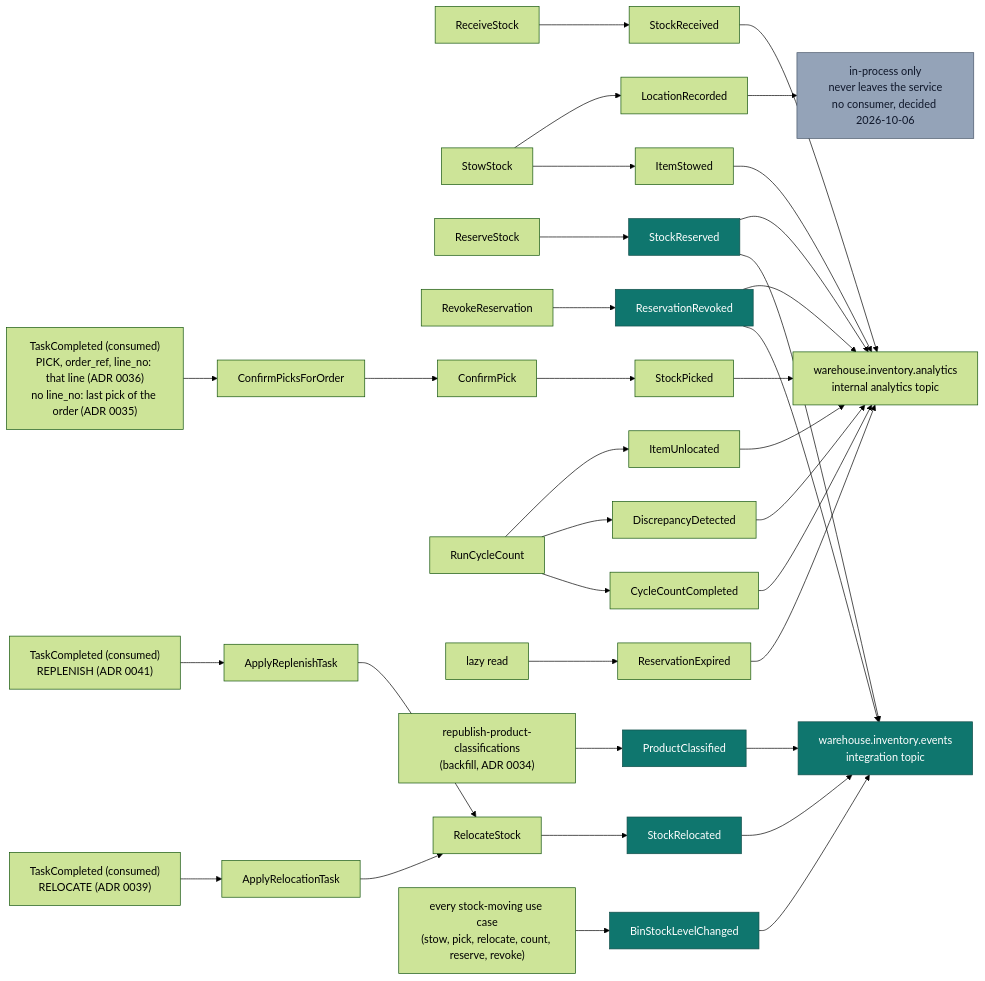
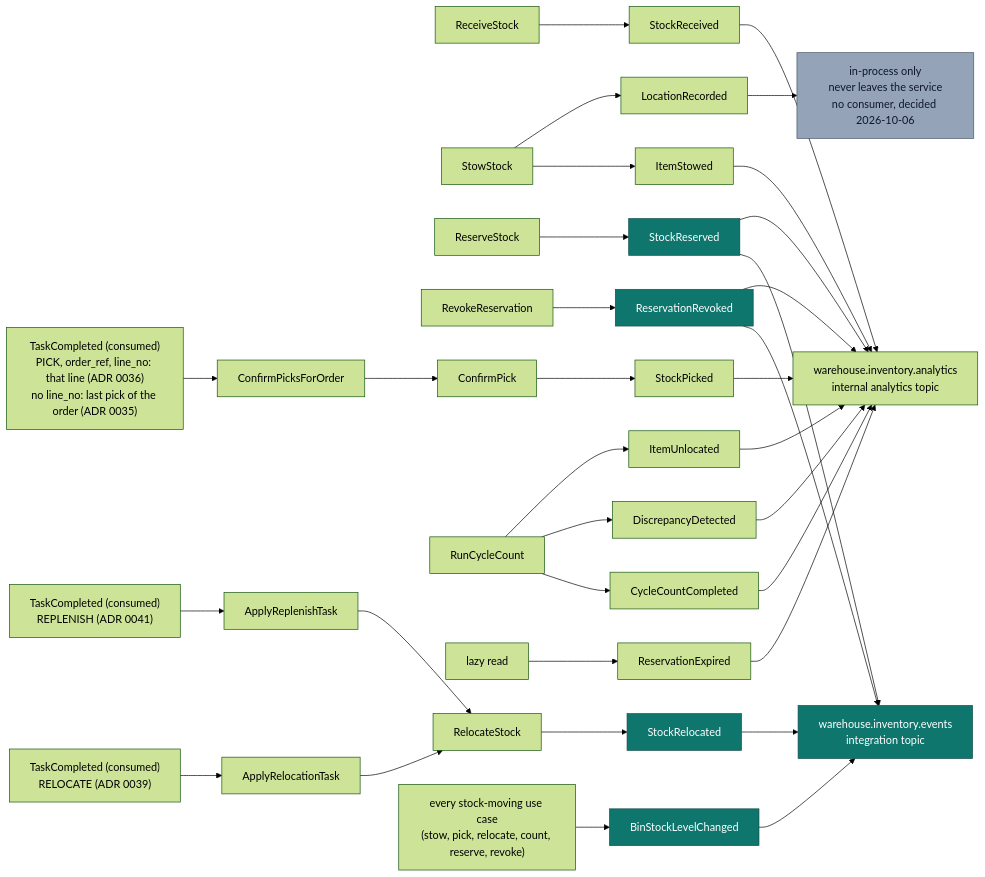
Before and after one commit to IQVO/inventory-storage: the diagram in docs/docs/ddd/domain-events.md, drawn with Mermaid (forest theme). The commit also changed other lines of this file and 44 other files, not shown here.

First line of the commit message:
feat(adr-0034): retire the legacy ProductClassified type and the backfill (stage E)

````diff
--- a/docs/docs/ddd/domain-events.md
+++ b/docs/docs/ddd/domain-events.md
@@ -46,28 +45,27 @@
 ```mermaid
 flowchart LR
   RS["ReceiveStock"] --> E1["StockReceived"]
   SS["StowStock"] --> E2["ItemStowed"]
   SS --> E3["LocationRecorded"]
   RES["ReserveStock"] --> E4["StockReserved"]
   REV["RevokeReservation"] --> E5["ReservationRevoked"]
   CP["ConfirmPick"] --> E6["StockPicked"]
   TC["TaskCompleted (consumed)<br/>PICK, order_ref, line_no: that line (ADR 0036)<br/>no line_no: last pick of the order (ADR 0035)"] --> CPO["ConfirmPicksForOrder"] --> CP
   CC["RunCycleCount"] --> E7["CycleCountCompleted"]
   CC --> E8["DiscrepancyDetected"]
   CC --> E9["ItemUnlocated"]
   EXP["lazy read"] --> E10["ReservationExpired"]
-  BF["republish-product-classifications<br/>(backfill, ADR 0034)"] --> E11["ProductClassified"]
   TCR["TaskCompleted (consumed)<br/>RELOCATE (ADR 0039)"] --> ART["ApplyRelocationTask"] --> RLS["RelocateStock"]
   TCP["TaskCompleted (consumed)<br/>REPLENISH (ADR 0041)"] --> APT["ApplyReplenishTask"] --> RLS
   RLS --> E12["StockRelocated"]
   LVL["every stock-moving use case<br/>(stow, pick, relocate, count, reserve, revoke)"] --> E13["BinStockLevelChanged"]
 
-  E4 & E5 & E11 & E12 & E13 --> KAF["warehouse.inventory.events<br/>integration topic"]
+  E4 & E5 & E12 & E13 --> KAF["warehouse.inventory.events<br/>integration topic"]
   E1 & E2 & E4 & E5 & E6 & E7 & E8 & E9 & E10 --> ANA["warehouse.inventory.analytics<br/>internal analytics topic"]
   E3 --> LOG["in-process only<br/>never leaves the service<br/>no consumer, decided 2026-10-06"]
 
   classDef wired fill:#0f766e,stroke:#134e4a,color:#fff;
   classDef local fill:#94a3b8,stroke:#475569,color:#0f172a;
-  class E4,E5,E11,E12,E13,KAF wired;
+  class E4,E5,E12,E13,KAF wired;
   class LOG local;
 ```
````
